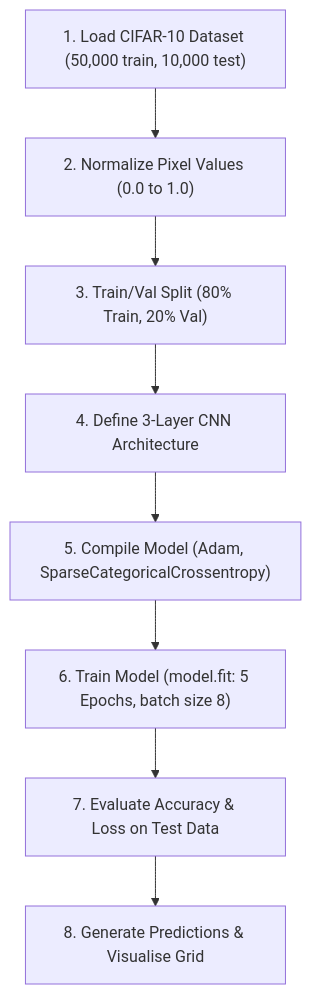
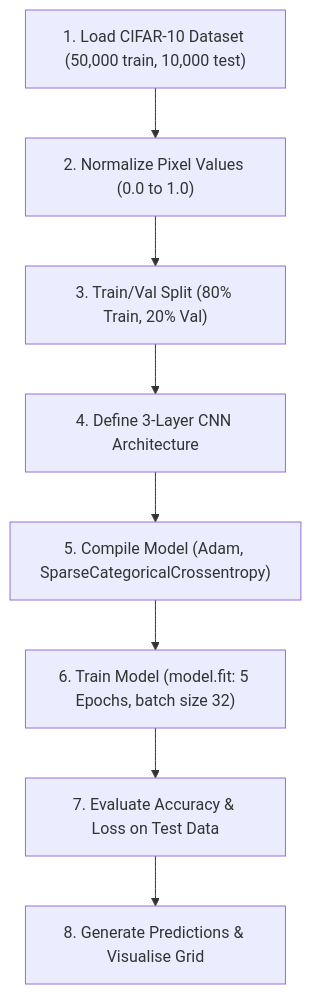
Before and after one commit to robotictang/CSC3034: the first of 2 diagrams in src/lab8a.md, drawn with Mermaid. The commit also changed other lines of this file and 109 other files, not shown here.

````diff
--- a/src/lab8a.md
+++ b/src/lab8a.md
@@ -18,10 +20,10 @@
 ```mermaid
 graph TD
     Data["1. Load CIFAR-10 Dataset (50,000 train, 10,000 test)"] --> Norm["2. Normalize Pixel Values (0.0 to 1.0)"]
     Norm --> Split["3. Train/Val Split (80% Train, 20% Val)"]
     Split --> Arch["4. Define 3-Layer CNN Architecture"]
     Arch --> Comp["5. Compile Model (Adam, SparseCategoricalCrossentropy)"]
-    Comp --> Fit["6. Train Model (model.fit: 5 Epochs, batch size 8)"]
+    Comp --> Fit["6. Train Model (model.fit: 5 Epochs, batch size 32)"]
     Fit --> Eval["7. Evaluate Accuracy & Loss on Test Data"]
     Eval --> Predict["8. Generate Predictions & Visualise Grid"]
 ```
````
